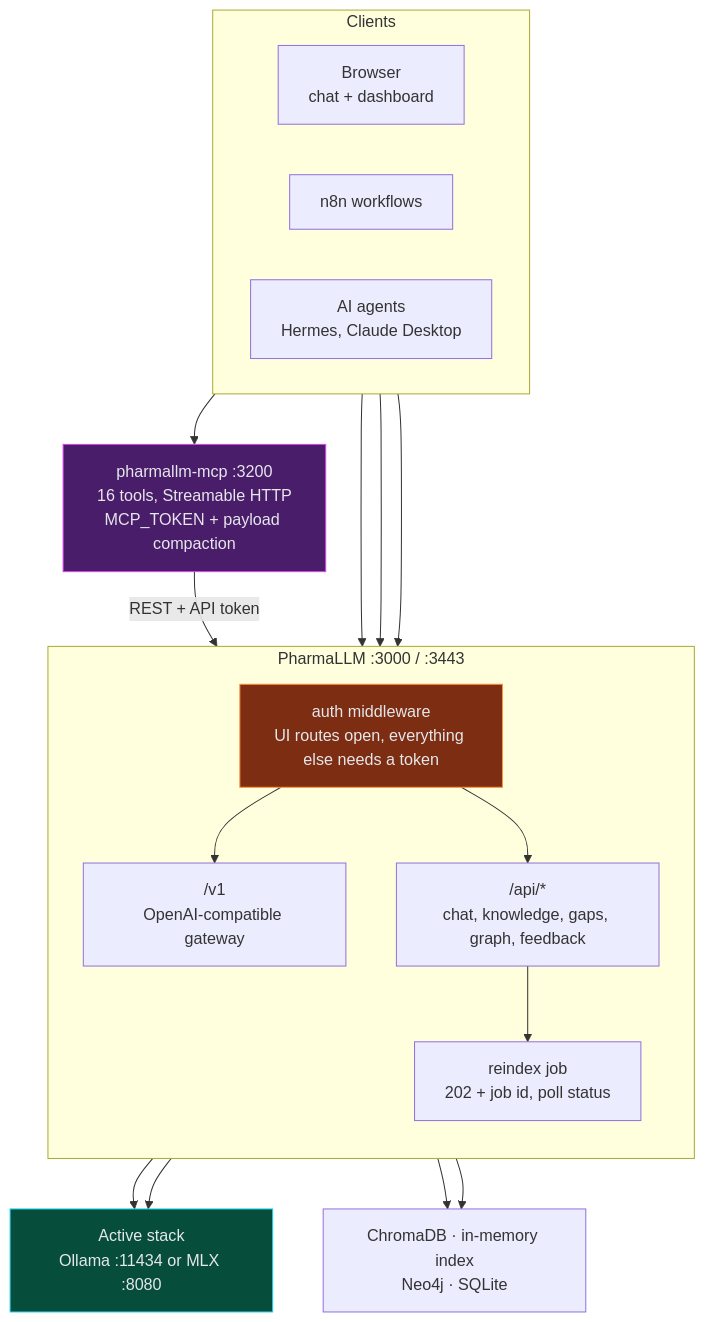
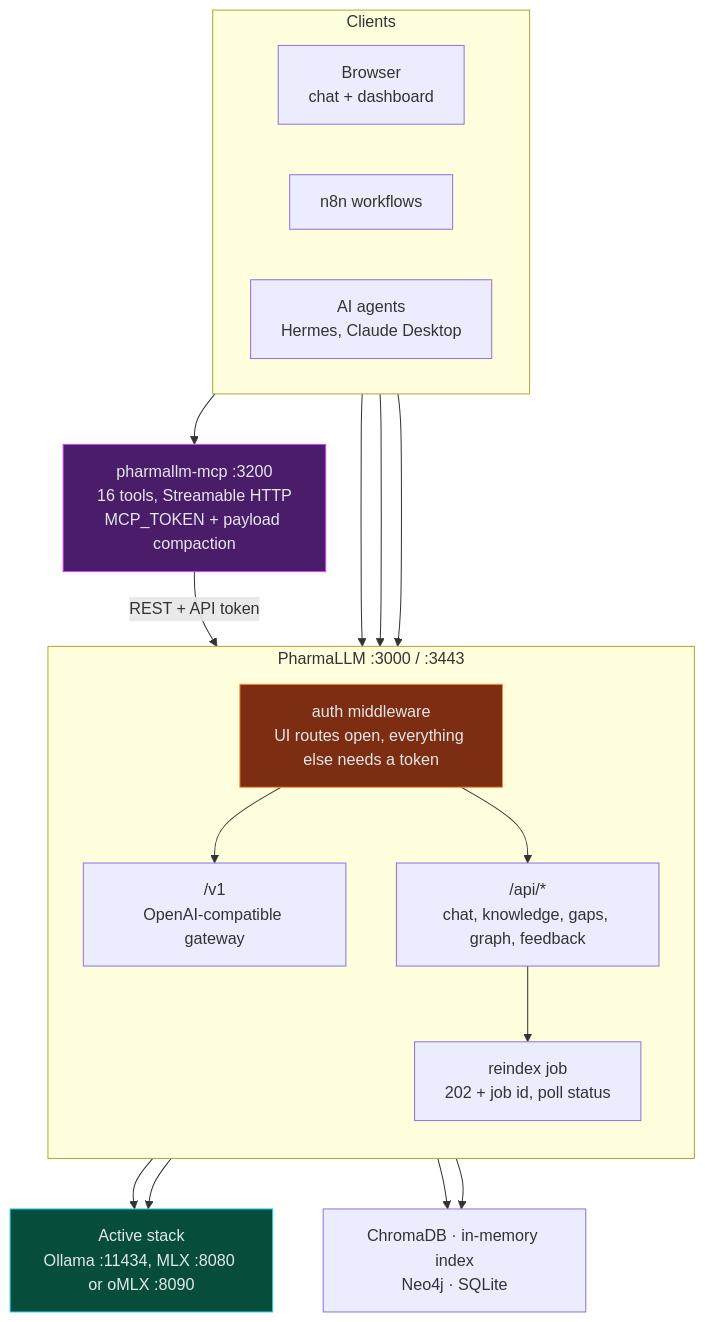
The second of 4 diagrams in README.md (sebdallais-git/PharmaCyberLLM), drawn with Mermaid before and after one commit. The commit also changed other lines of this file and 1 other file, not shown here.

First line of the commit message:
docs: document the omlx stack and UI switching

````diff
--- a/README.md
+++ b/README.md
@@ -304,39 +331,39 @@
 ```mermaid
 flowchart TB
     subgraph CL["Clients"]
         direction LR
         B["Browser<br/>chat + dashboard"]
         N["n8n workflows"]
         AG["AI agents<br/>Hermes, Claude Desktop"]
     end
 
     MCP["pharmallm-mcp :3200<br/>16 tools, Streamable HTTP<br/>MCP_TOKEN + payload compaction"]
 
     subgraph APP["PharmaLLM :3000 / :3443"]
         direction TB
         AUTH["auth middleware<br/>UI routes open, everything else needs a token"]
         V1["/v1<br/>OpenAI-compatible gateway"]
         API["/api/*<br/>chat, knowledge, gaps, graph, feedback"]
         RJ["reindex job<br/>202 + job id, poll status"]
     end
 
-    STACK["Active stack<br/>Ollama :11434 or MLX :8080"]
+    STACK["Active stack<br/>Ollama :11434, MLX :8080 or oMLX :8090"]
     DATA["ChromaDB · in-memory index<br/>Neo4j · SQLite"]
 
     B --> AUTH
     N --> AUTH
     AG --> MCP
     AG --> AUTH
     MCP -- "REST + API token" --> AUTH
     AUTH --> V1
     AUTH --> API
     API --> RJ
     V1 --> STACK
     API --> STACK
     API --> DATA
     RJ --> DATA
 
     style AUTH fill:#7c2d12,stroke:#fb923c,color:#e5e7eb
     style MCP fill:#4a1d6b,stroke:#d946ef,color:#e5e7eb
     style STACK fill:#064e3b,stroke:#22d3ee,color:#e5e7eb
 ```
````
